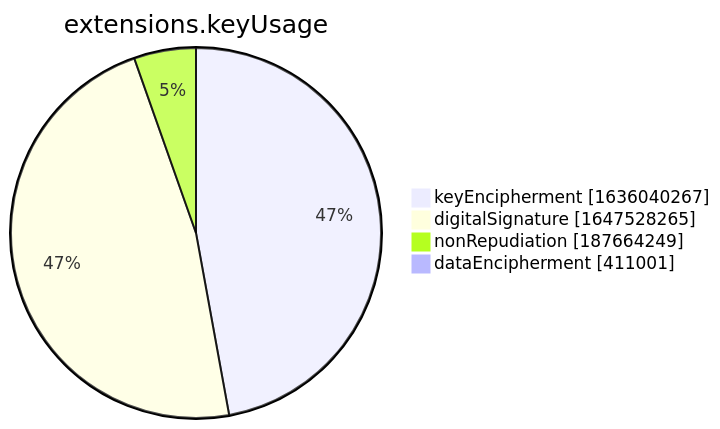
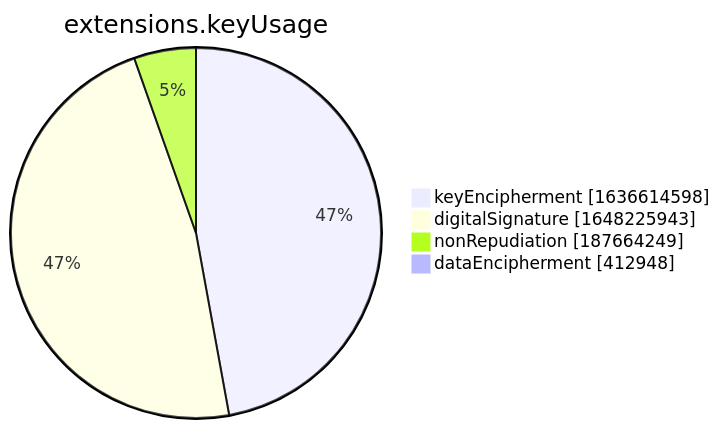
The seventh of 15 diagrams in xenon2022/README.md (christiankrug/ctmonitor_visualization), drawn with Mermaid before and after one commit. The commit also changed other lines of this file, not shown here.

````diff
--- a/xenon2022/README.md
+++ b/xenon2022/README.md
@@ -2856,8 +2856,8 @@
 ```mermaid
 pie showData
 title extensions.keyUsage
-"keyEncipherment" :1636040267
-"digitalSignature" :1647528265
+"keyEncipherment" :1636614598
+"digitalSignature" :1648225943
 "nonRepudiation" :187664249
-"dataEncipherment" :411001
+"dataEncipherment" :412948
 ```
````
